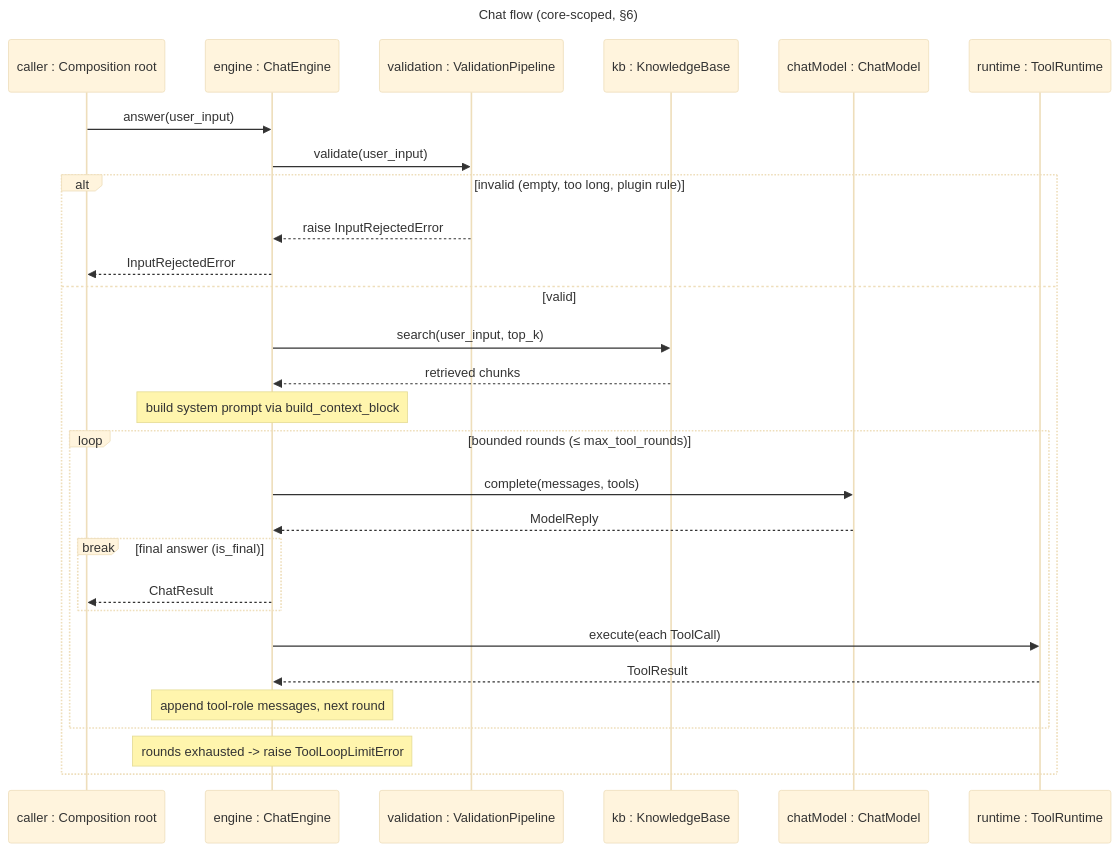
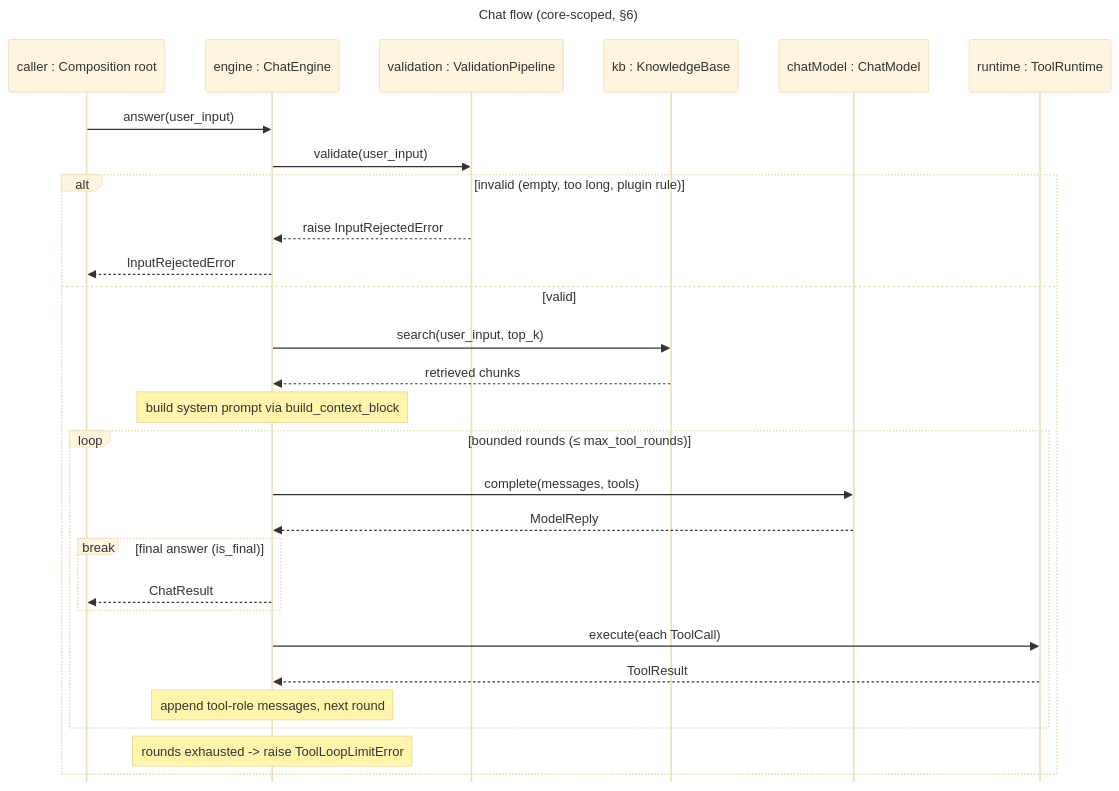
One commit to aschog/cora changed the third of 3 diagrams in docs/plans/chat-engine.md. Above: the diagram before and after it, drawn with Mermaid (base theme).

Commit message:
docs: drop mirrored bottom lifelines in chat flow diagram

````diff
--- a/docs/plans/chat-engine.md
+++ b/docs/plans/chat-engine.md
@@ -183,34 +183,35 @@
 ```mermaid
 ---
 title: Chat flow (core-scoped, §6)
 ---
+%%{init: {"sequence": {"mirrorActors": false}}}%%
 sequenceDiagram
   participant caller as caller : Composition root
   participant engine as engine : ChatEngine
   participant validation as validation : ValidationPipeline
   participant kb as kb : KnowledgeBase
   participant chatModel as chatModel : ChatModel
   participant runtime as runtime : ToolRuntime
 
   caller->>engine: answer(user_input)
   engine->>validation: validate(user_input)
   alt invalid (empty, too long, plugin rule)
     validation-->>engine: raise InputRejectedError
     engine-->>caller: InputRejectedError
   else valid
     engine->>kb: search(user_input, top_k)
     kb-->>engine: retrieved chunks
     Note over engine: build system prompt via build_context_block
     loop bounded rounds (≤ max_tool_rounds)
       engine->>chatModel: complete(messages, tools)
       chatModel-->>engine: ModelReply
       break final answer (is_final)
         engine-->>caller: ChatResult
       end
       engine->>runtime: execute(each ToolCall)
       runtime-->>engine: ToolResult
       Note over engine: append tool-role messages, next round
     end
     Note over engine: rounds exhausted -> raise ToolLoopLimitError
   end
 ```
````
